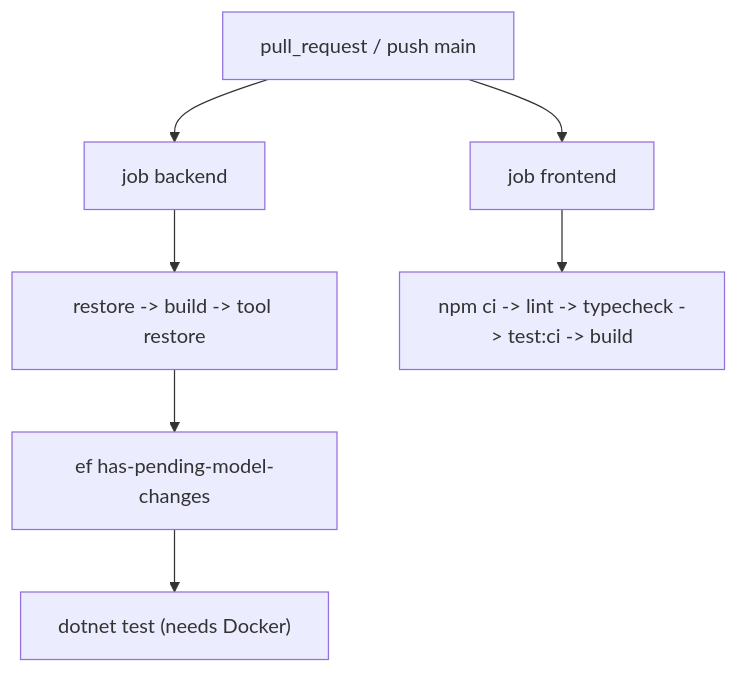
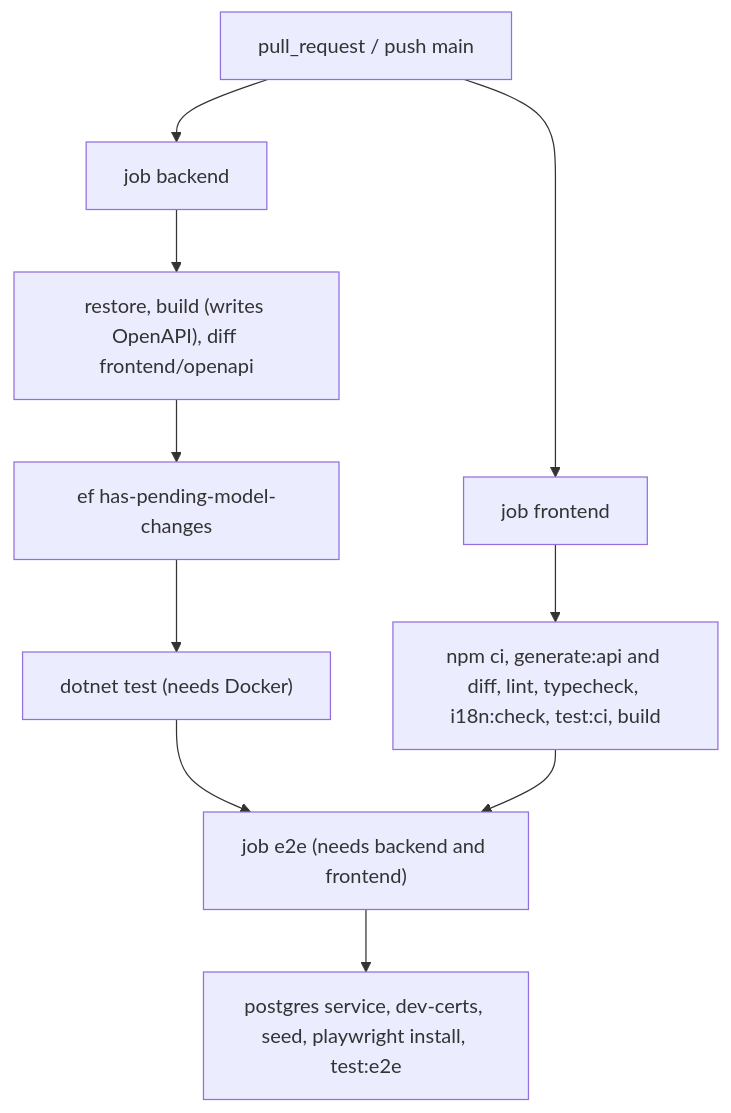
One commit to youssef623/tutoring-centre changed the diagram in docs/file-explanations/.github/workflows/ci.yml.md. Above: the diagram before and after it, drawn with Mermaid. The commit also changed other lines of this file and 265 other files, not shown here.

````diff
--- a/docs/file-explanations/.github/workflows/ci.yml.md
+++ b/docs/file-explanations/.github/workflows/ci.yml.md
@@ -51,7 +105,10 @@
 ```mermaid
 flowchart TD
     T["pull_request / push main"] --> B["job backend"]
     T --> F["job frontend"]
-    B --> B1["restore -> build -> tool restore"] --> B2["ef has-pending-model-changes"] --> B3["dotnet test (needs Docker)"]
-    F --> F1["npm ci -> lint -> typecheck -> test:ci -> build"]
+    B --> B1["restore, build (writes OpenAPI), diff frontend/openapi"] --> B2["ef has-pending-model-changes"] --> B3["dotnet test (needs Docker)"]
+    F --> F1["npm ci, generate:api and diff, lint, typecheck, i18n:check, test:ci, build"]
+    B3 --> E["job e2e (needs backend and frontend)"]
+    F1 --> E
+    E --> E1["postgres service, dev-certs, seed, playwright install, test:e2e"]
 ```
````
